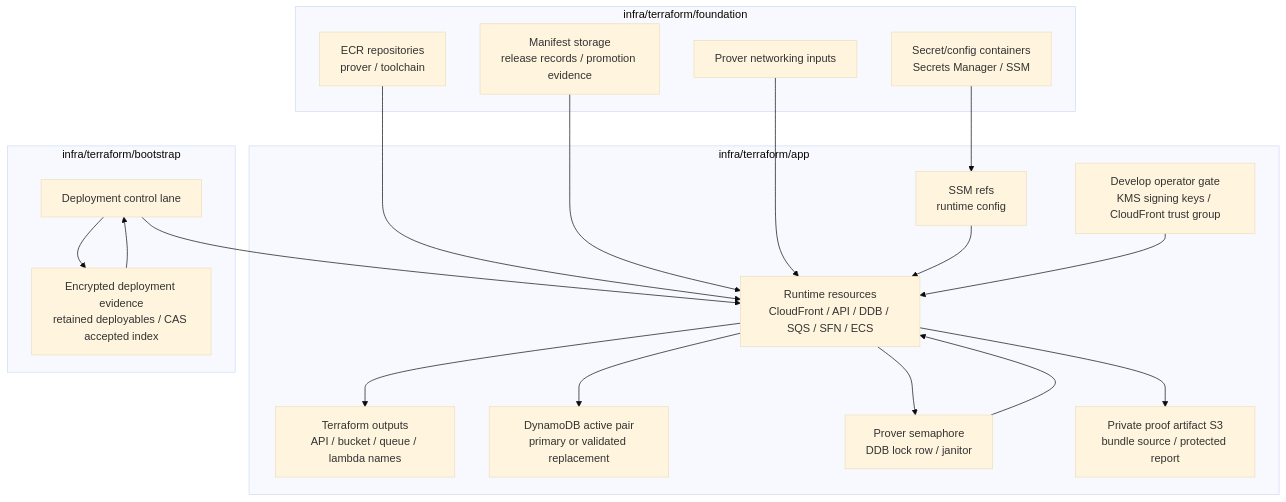
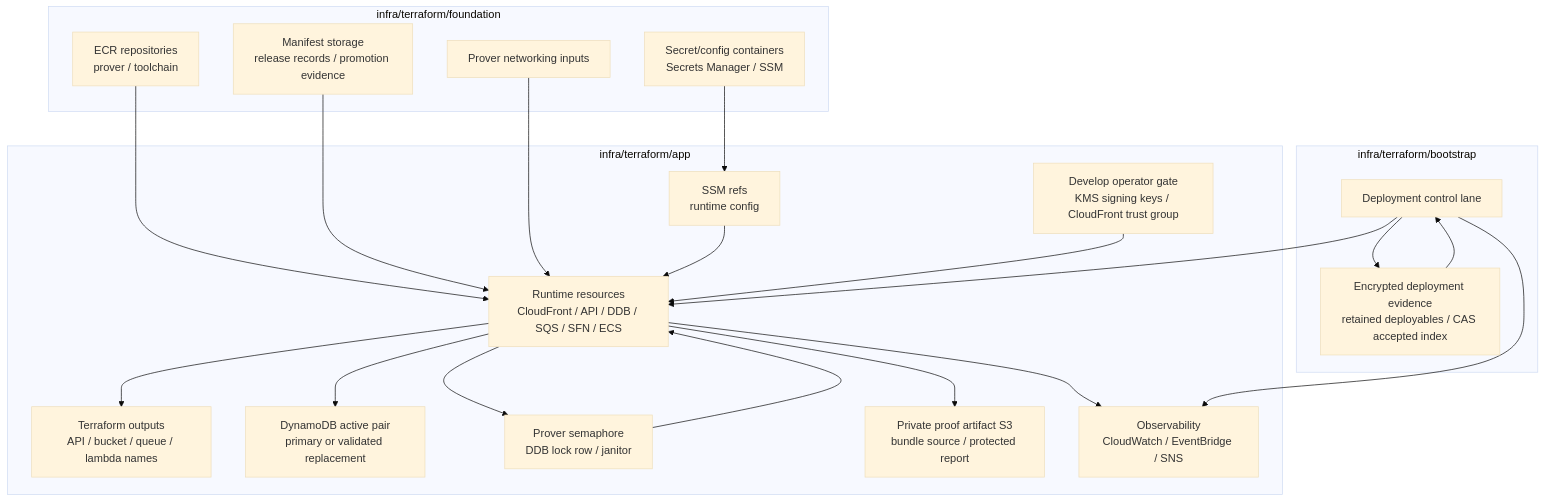
Before and after one commit to hwatanabe-jp/stark-ballot-simulator-public: the diagram in public-book/src/aws/design-and-services.md, drawn with Mermaid (base theme). The commit also changed other lines of this file and 389 other files, not shown here.

````diff
--- a/public-book/src/aws/design-and-services.md
+++ b/public-book/src/aws/design-and-services.md
@@ -120,39 +129,42 @@
 ```mermaid
 flowchart TB
   subgraph FOUNDATION["infra/terraform/foundation"]
     ECR["ECR repositories<br/>prover / toolchain"]
     MANIFEST["Manifest storage<br/>release records / promotion evidence"]
     CONFIG["Secret/config containers<br/>Secrets Manager / SSM"]
     NET["Prover networking inputs"]
   end
 
   subgraph APP["infra/terraform/app"]
     OUT["Terraform outputs<br/>API / bucket / queue / lambda names"]
     PARAM["SSM refs<br/>runtime config"]
     RUNTIME["Runtime resources<br/>CloudFront / API / DDB / SQS / SFN / ECS"]
     GATE["Develop operator gate<br/>KMS signing keys / CloudFront trust group"]
     DATA["DynamoDB active pair<br/>primary or validated replacement"]
     SEM["Prover semaphore<br/>DDB lock row / janitor"]
     ARTIFACTS["Private proof artifact S3<br/>bundle source / protected report"]
+    OBS["Observability<br/>CloudWatch / EventBridge / SNS"]
   end
 
   subgraph BOOT["infra/terraform/bootstrap"]
     CONTROL["Deployment control lane"]
     ACCEPT["Encrypted deployment evidence<br/>retained deployables / CAS accepted index"]
   end
 
   ECR --> RUNTIME
   MANIFEST --> RUNTIME
   CONFIG --> PARAM
   NET --> RUNTIME
   CONTROL --> RUNTIME
   CONTROL --> ACCEPT
   ACCEPT --> CONTROL
   PARAM --> RUNTIME
   GATE --> RUNTIME
   RUNTIME --> DATA
   RUNTIME --> SEM
   SEM --> RUNTIME
   RUNTIME --> ARTIFACTS
+  RUNTIME --> OBS
+  CONTROL --> OBS
   RUNTIME --> OUT
 ```
````
